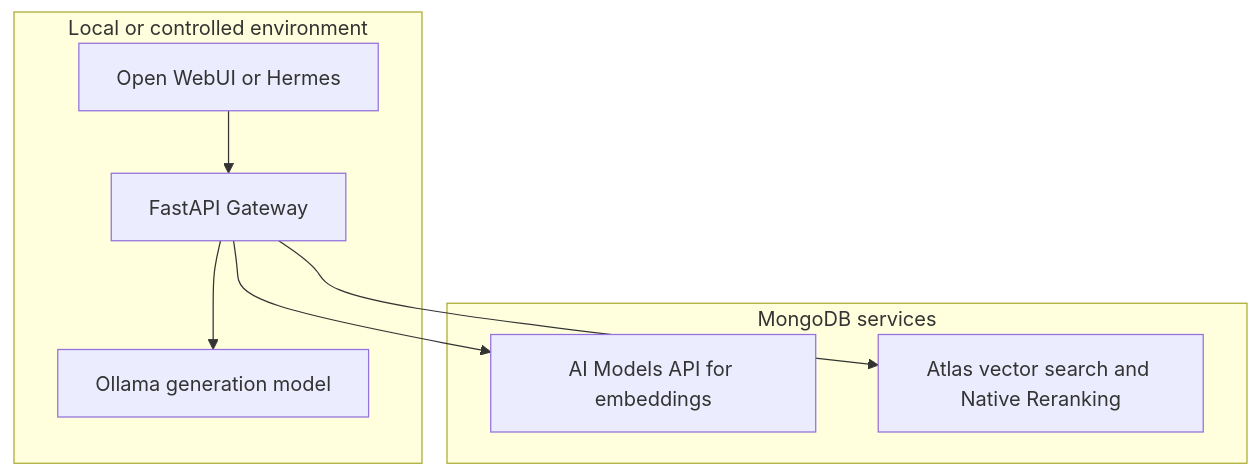
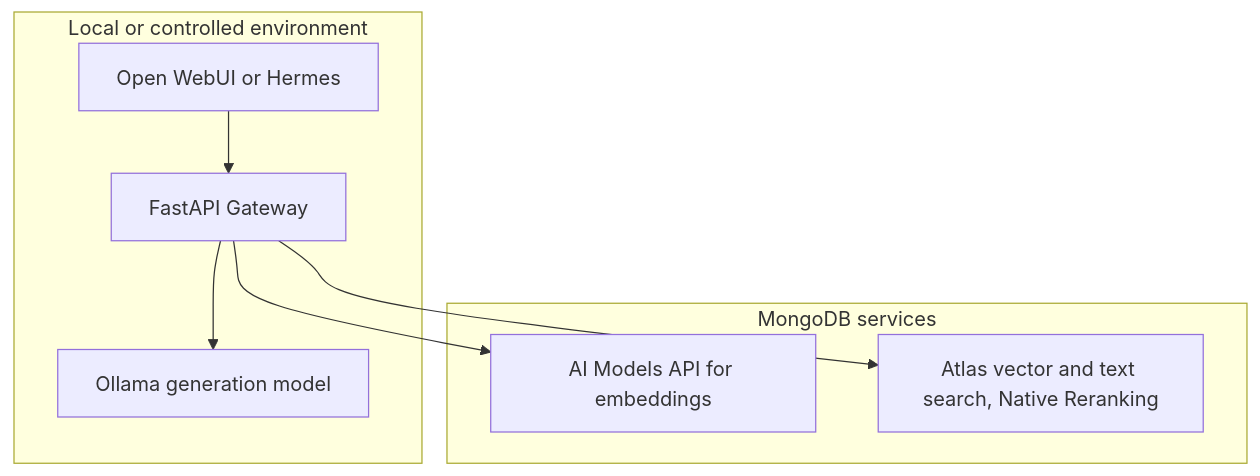
The second of 2 diagrams in docs/project-story.md (vthinsel/RAG_Gateway), drawn with Mermaid before and after one commit. The commit also changed other lines of this file and 16 other files, not shown here.

````diff
--- a/docs/project-story.md
+++ b/docs/project-story.md
@@ -36,15 +36,15 @@
 ```mermaid
 flowchart TB
 	subgraph Local[Local or controlled environment]
 		Client[Open WebUI or Hermes]
 		Gateway[FastAPI Gateway]
 		Ollama[Ollama generation model]
 		Client --> Gateway --> Ollama
 	end
 	subgraph Managed[MongoDB services]
 		AI[AI Models API for embeddings]
-		Atlas[Atlas vector search and Native Reranking]
+		Atlas[Atlas vector and text search, Native Reranking]
 	end
 	Gateway --> AI
 	Gateway --> Atlas
 ```
````
